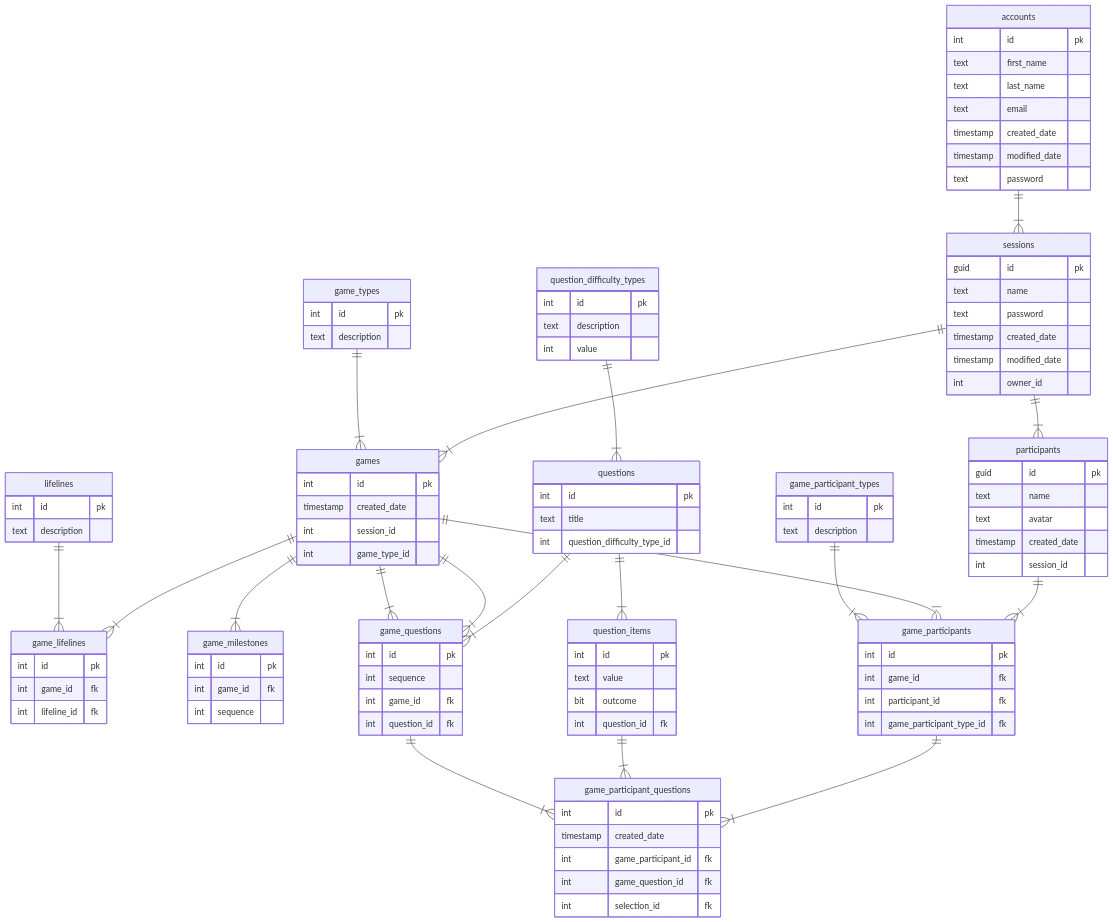
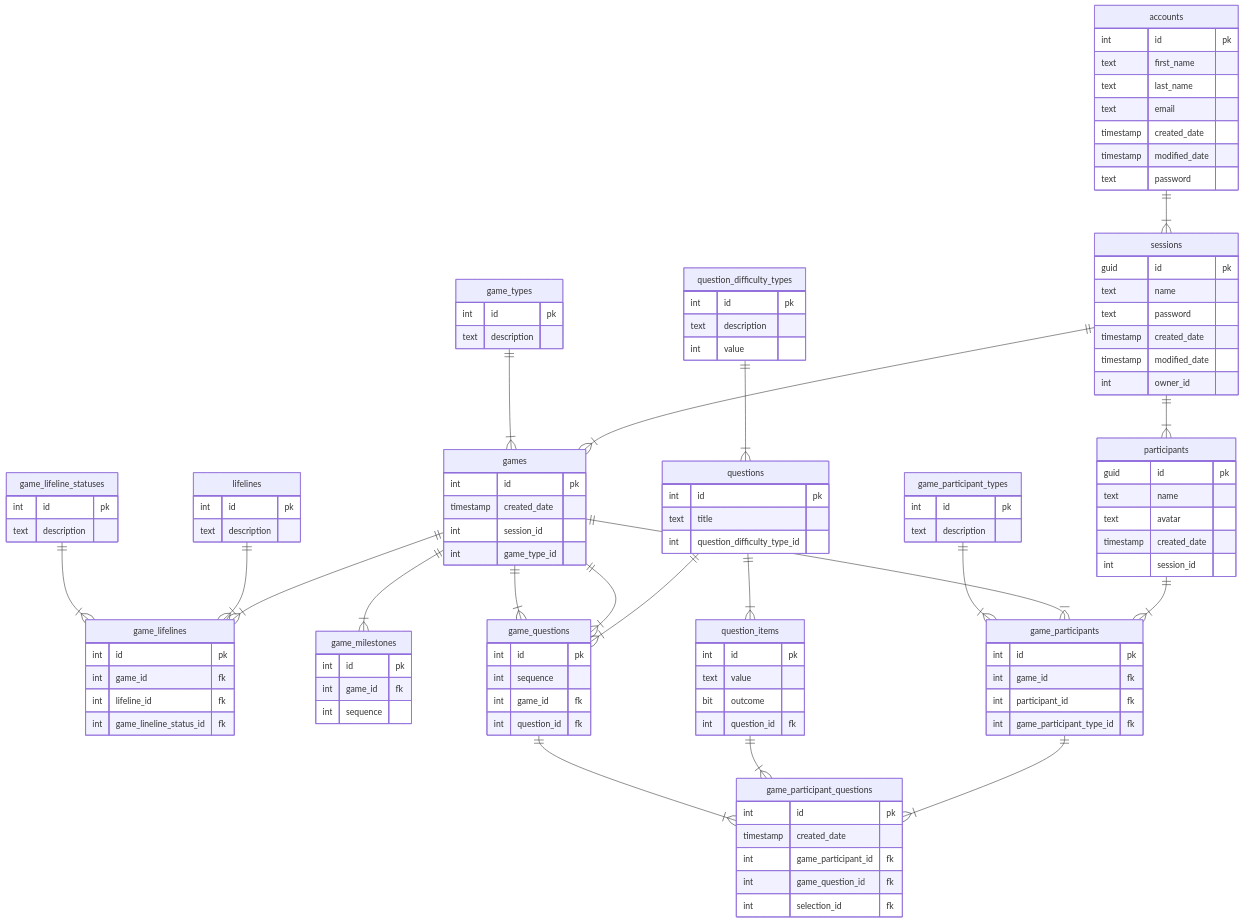
The second of 2 diagrams in README.md (UnosquareCOE/wwtbam), drawn with Mermaid before and after one commit. The commit also changed other lines of this file and 4 other files, not shown here.

```diff
--- a/README.md
+++ b/README.md
@@ -117,10 +117,15 @@
         text title
         int question_difficulty_type_id
     }
+    game_lifeline_statuses {
+        int id pk
+        text description 
+    }
     game_lifelines {
         int id pk
         int game_id fk
         int lifeline_id fk
+        int game_lineline_status_id fk
     }
     game_milestones {
         int id pk
@@ -166,6 +171,7 @@
     game_types ||--|{ games : ""
     games ||--|{ game_lifelines: ""
     lifelines ||--|{ game_lifelines : ""
+    game_lifeline_statuses ||--|{ game_lifelines : ""
     games ||--|{ game_questions : ""
     games ||--|{ game_participants : ""
     games ||--|{ game_milestones : ""
```
